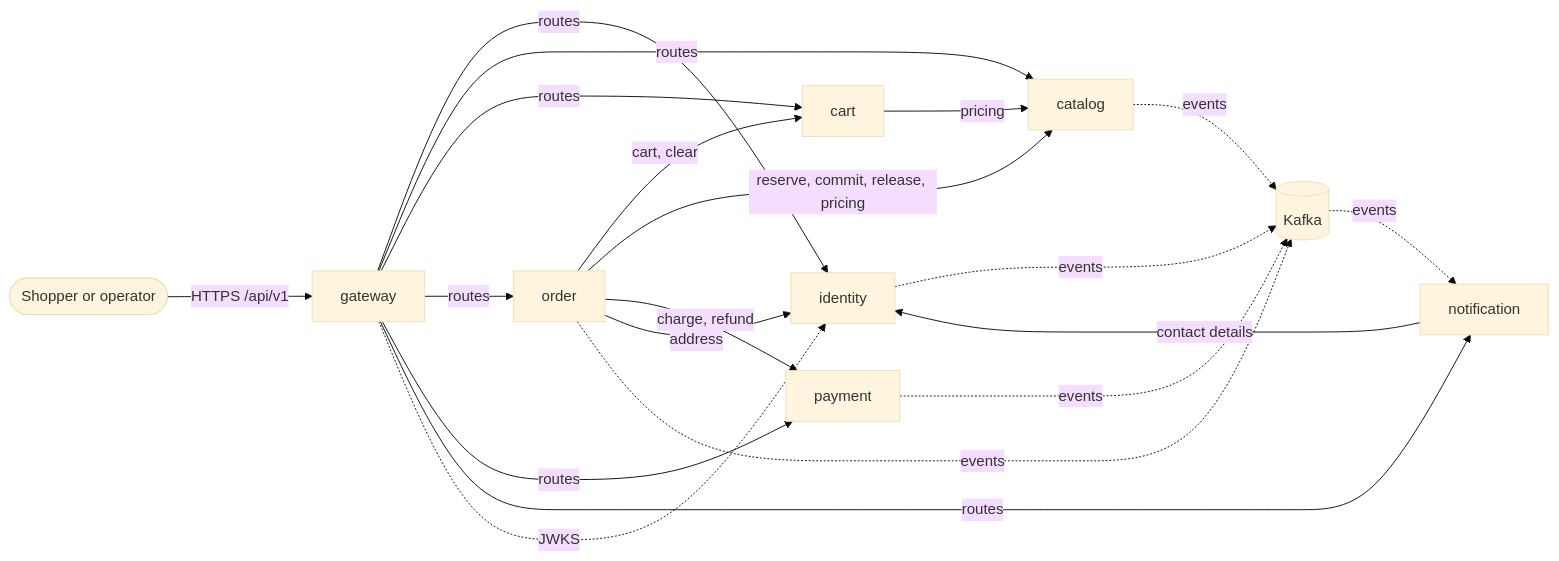
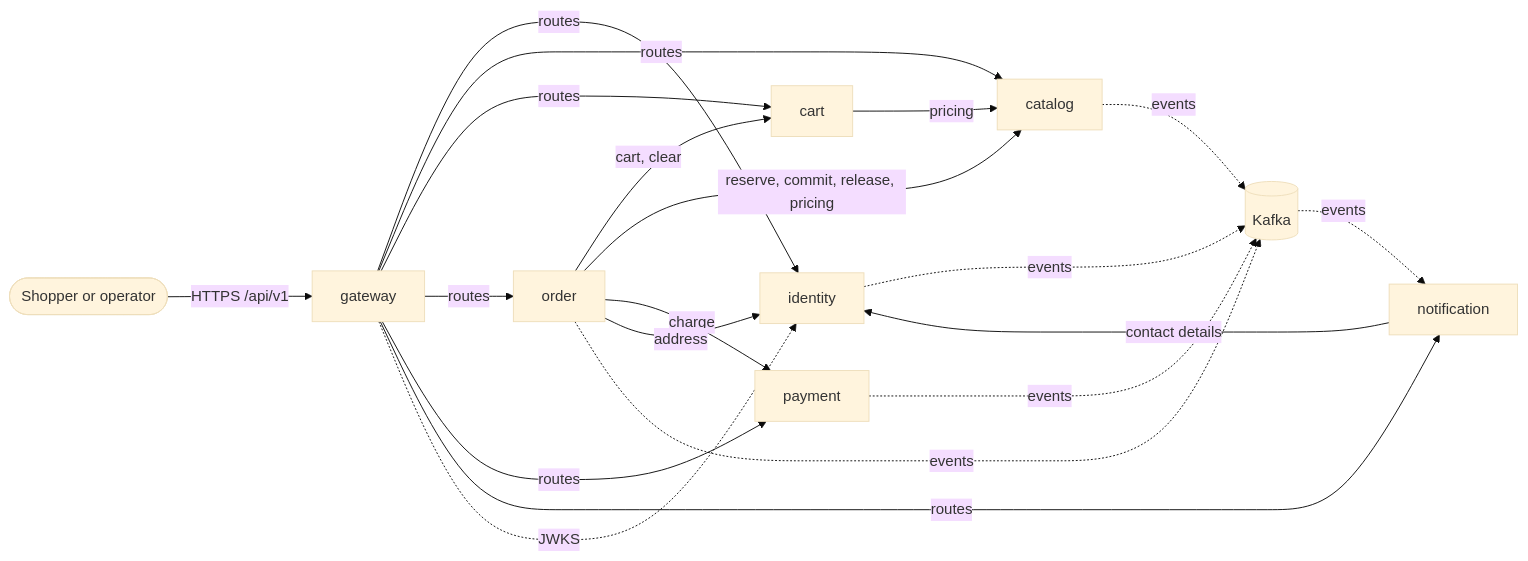
The first of 2 diagrams in docs/architecture.md (raphaelpanta/scalable-e-commerce-platform-kotlin), drawn with Mermaid (base theme) before and after one commit. The commit also changed other lines of this file and 5 other files, not shown here.

First line of the commit message:
refactor(order): remove the unused synchronous refund call to payment (T157)

````diff
--- a/docs/architecture.md
+++ b/docs/architecture.md
@@ -29,23 +29,23 @@
 ```mermaid
 flowchart LR
     client([Shopper or operator]) -->|HTTPS /api/v1| gateway
     gateway -->|routes| identity
     gateway -->|routes| catalog
     gateway -->|routes| cart
     gateway -->|routes| order
     gateway -->|routes| payment
     gateway -->|routes| notification
     gateway -.->|JWKS| identity
     cart -->|pricing| catalog
     order -->|cart, clear| cart
     order -->|reserve, commit, release, pricing| catalog
-    order -->|charge, refund| payment
+    order -->|charge| payment
     order -->|address| identity
     notification -->|contact details| identity
     kafka[(Kafka)]
     identity -.->|events| kafka
     order -.->|events| kafka
     payment -.->|events| kafka
     catalog -.->|events| kafka
     kafka -.->|events| notification
 ```
````
